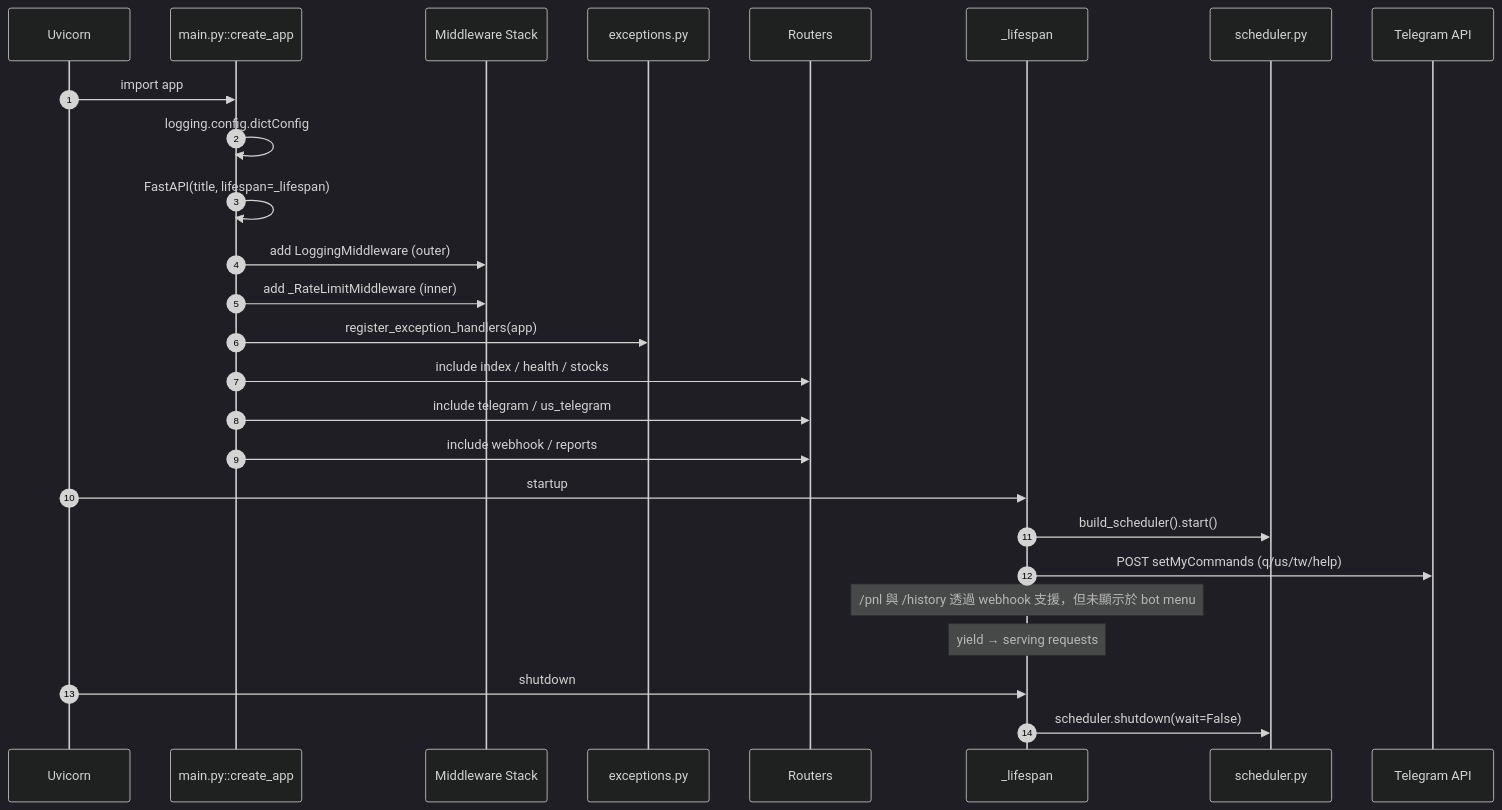
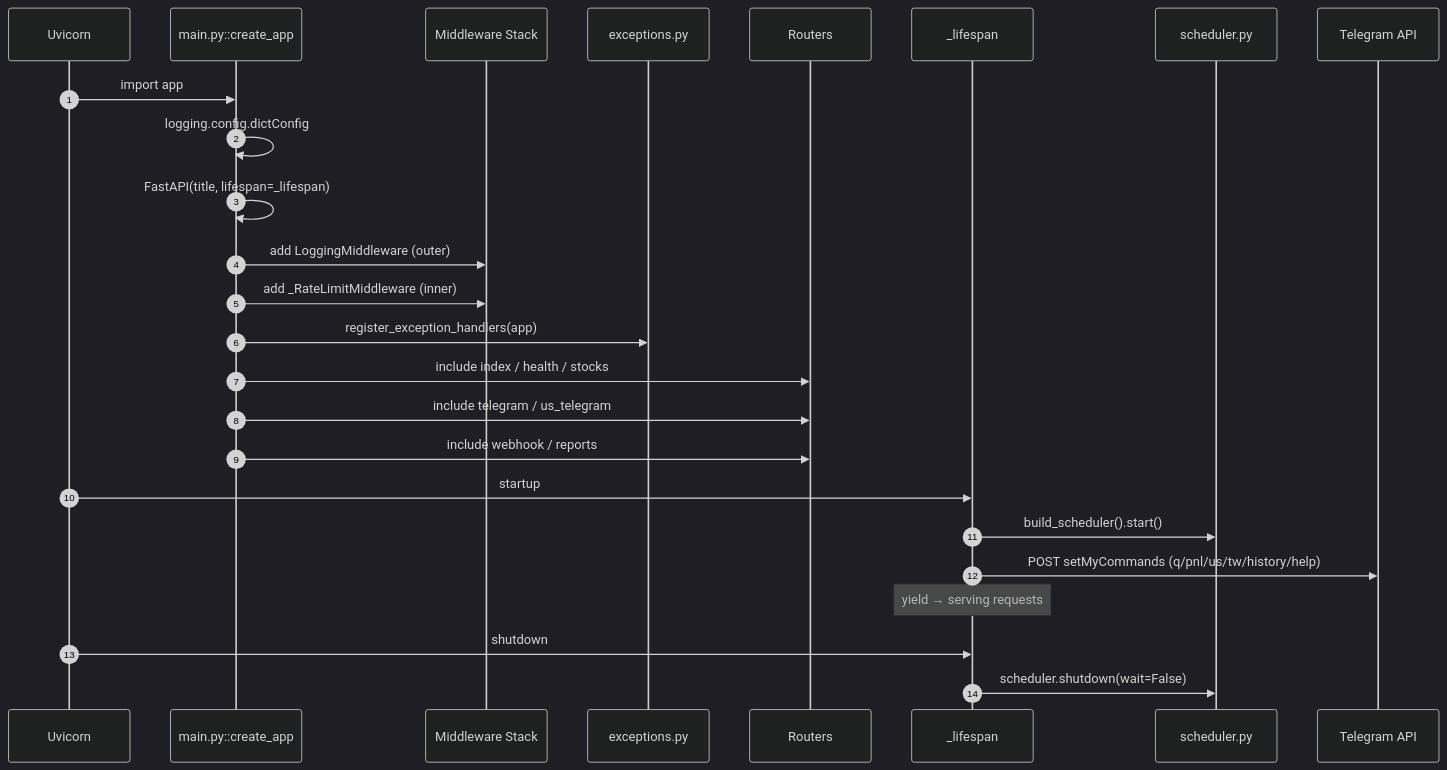
One commit to Josephmtsai/fastApiStock changed the second of 7 diagrams in docs/architecture.md. Above: the diagram before and after it, drawn with Mermaid (dark theme). The commit also changed 6 other files, not shown here.

````diff
--- a/docs/architecture.md
+++ b/docs/architecture.md
@@ -179,29 +179,28 @@
 ```mermaid
 sequenceDiagram
     autonumber
     participant Uvicorn
     participant Main as main.py::create_app
     participant MW as Middleware Stack
     participant Exc as exceptions.py
     participant Routers
     participant Life as _lifespan
     participant Sched as scheduler.py
     participant TG as Telegram API
 
     Uvicorn->>Main: import app
     Main->>Main: logging.config.dictConfig
     Main->>Main: FastAPI(title, lifespan=_lifespan)
     Main->>MW: add LoggingMiddleware (outer)
     Main->>MW: add _RateLimitMiddleware (inner)
     Main->>Exc: register_exception_handlers(app)
     Main->>Routers: include index / health / stocks
     Main->>Routers: include telegram / us_telegram
     Main->>Routers: include webhook / reports
     Uvicorn->>Life: startup
     Life->>Sched: build_scheduler().start()
-    Life->>TG: POST setMyCommands (q/us/tw/help)
-    Note over Life: /pnl 與 /history 透過 webhook 支援，但未顯示於 bot menu
+    Life->>TG: POST setMyCommands (q/pnl/us/tw/history/help)
     Note over Life: yield → serving requests
     Uvicorn->>Life: shutdown
     Life->>Sched: scheduler.shutdown(wait=False)
 ```
````
